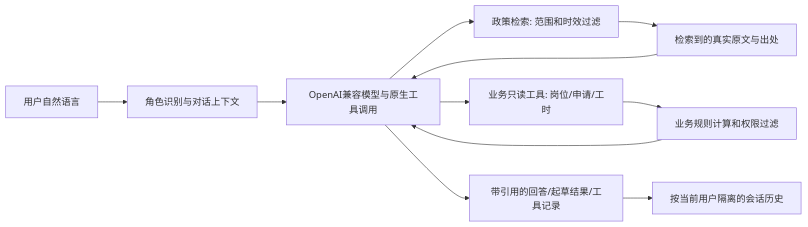
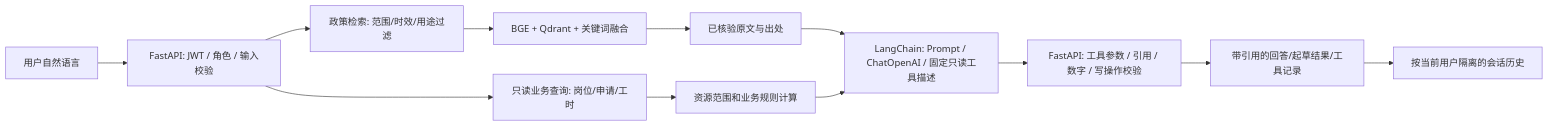
One commit to Fortyone58/--- changed the diagram in docs/AI_ASSISTANT.md. Above: the diagram before and after it, drawn with Mermaid. The commit also changed other lines of this file and 32 other files, not shown here.

Commit message:
Add controlled LangChain RAG policy assistant

````diff
--- a/docs/AI_ASSISTANT.md
+++ b/docs/AI_ASSISTANT.md
@@ -15,13 +15,14 @@
 ```mermaid
 flowchart LR
-  U[用户自然语言] --> G[角色识别与对话上下文]
-  G --> L[OpenAI兼容模型与原生工具调用]
-  L --> R[政策检索: 范围和时效过滤]
-  L --> B[业务只读工具: 岗位/申请/工时]
-  R --> E[检索到的真实原文与出处]
-  B --> D[业务规则计算和权限过滤]
-  E --> L
+  U[用户自然语言] --> F[FastAPI: JWT / 角色 / 输入校验]
+  F --> R[政策检索: 范围/时效/用途过滤]
+  R --> V[BGE + Qdrant + 关键词融合]
+  V --> E[已核验原文与出处]
+  F --> B[只读业务查询: 岗位/申请/工时]
+  B --> D[资源范围和业务规则计算]
+  E --> L[LangChain: Prompt / ChatOpenAI / 固定只读工具描述]
   D --> L
-  L --> C[带引用的回答/起草结果/工具记录]
+  L --> S[FastAPI: 工具参数 / 引用 / 数字 / 写操作校验]
+  S --> C[带引用的回答/起草结果/工具记录]
   C --> H[按当前用户隔离的会话历史]
 ```
````
